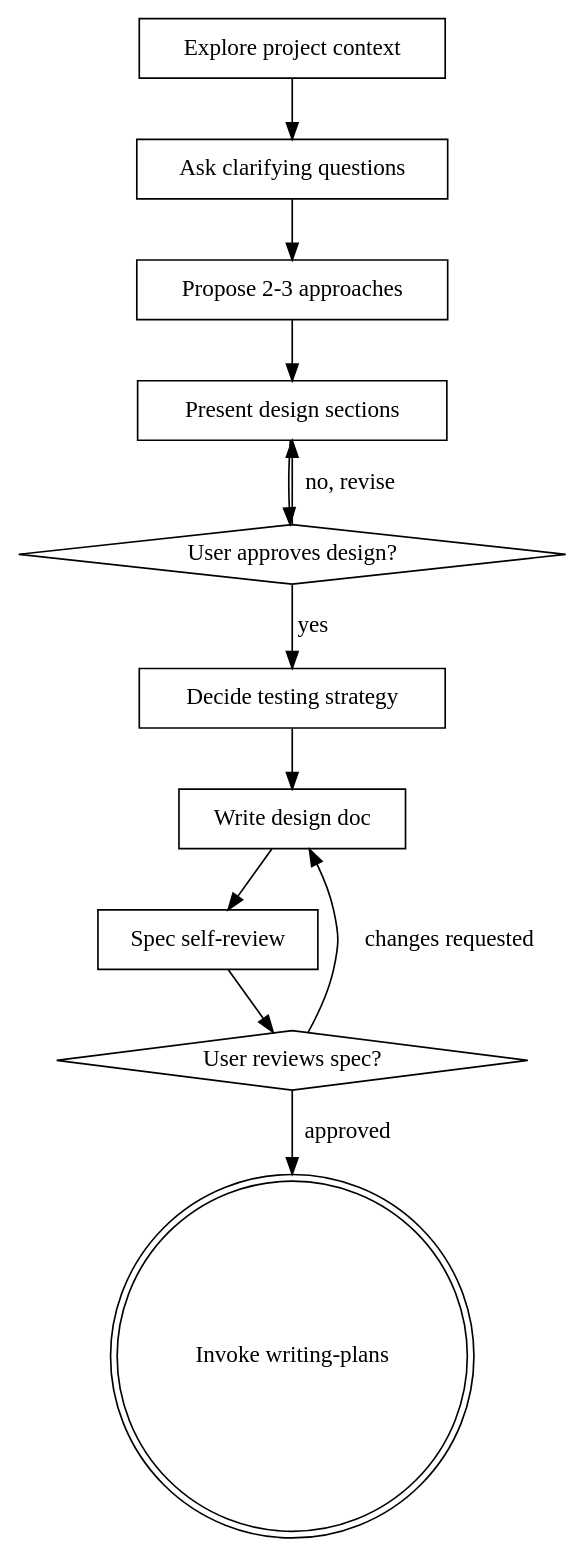
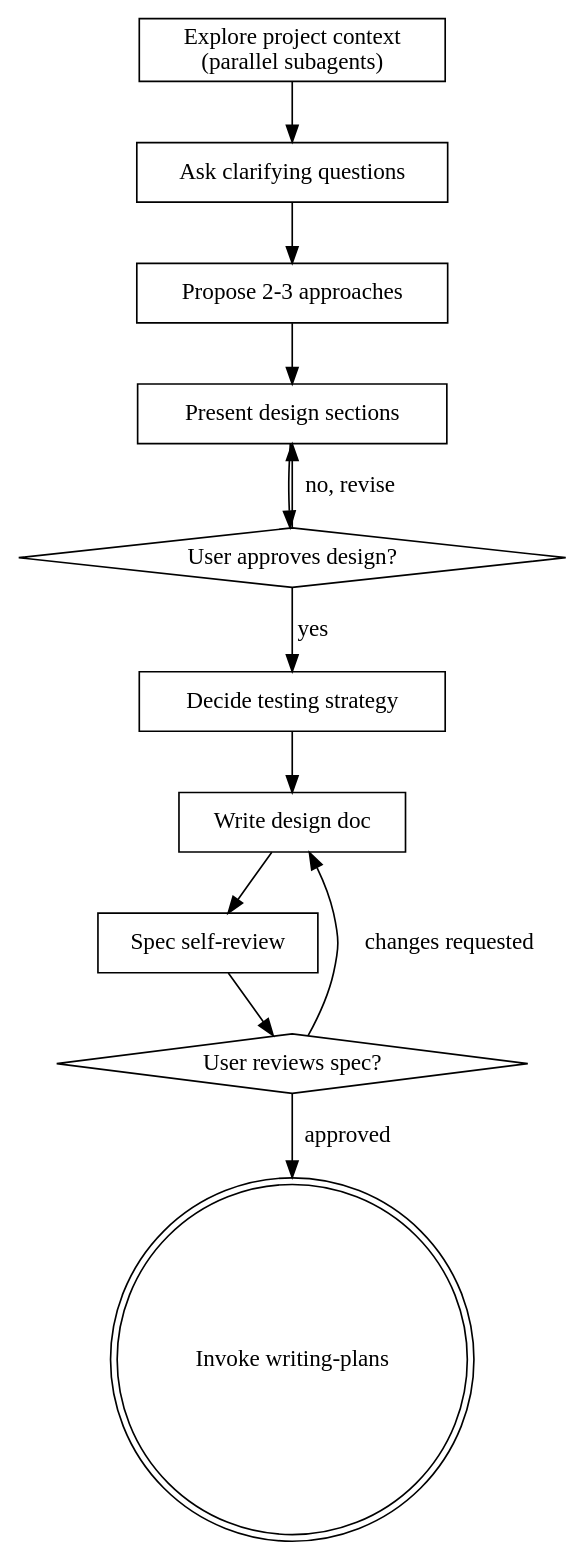
Before and after one commit to clashmar/know-how: the diagram in skills/brainstorming/SKILL.md, drawn with Graphviz. The commit also changed other lines of this file, not shown here.

Commit message:
fix: update brainstorming to explore with subagents

````diff
--- a/skills/brainstorming/SKILL.md
+++ b/skills/brainstorming/SKILL.md
@@ -32,26 +32,26 @@
 ```dot
 digraph brainstorming {
-    "Explore project context" [shape=box];
+    "Explore project context\n(parallel subagents)" [shape=box];
     "Ask clarifying questions" [shape=box];
     "Propose 2-3 approaches" [shape=box];
     "Present design sections" [shape=box];
     "User approves design?" [shape=diamond];
     "Decide testing strategy" [shape=box];
     "Write design doc" [shape=box];
     "Spec self-review" [shape=box];
     "User reviews spec?" [shape=diamond];
     "Invoke writing-plans" [shape=doublecircle];
 
-    "Explore project context" -> "Ask clarifying questions";
+    "Explore project context\n(parallel subagents)" -> "Ask clarifying questions";
     "Ask clarifying questions" -> "Propose 2-3 approaches";
     "Propose 2-3 approaches" -> "Present design sections";
     "Present design sections" -> "User approves design?";
     "User approves design?" -> "Present design sections" [label="no, revise"];
     "User approves design?" -> "Decide testing strategy" [label="yes"];
     "Decide testing strategy" -> "Write design doc";
     "Write design doc" -> "Spec self-review";
     "Spec self-review" -> "User reviews spec?";
     "User reviews spec?" -> "Write design doc" [label="changes requested"];
     "User reviews spec?" -> "Invoke writing-plans" [label="approved"];
 }
 ```
````
